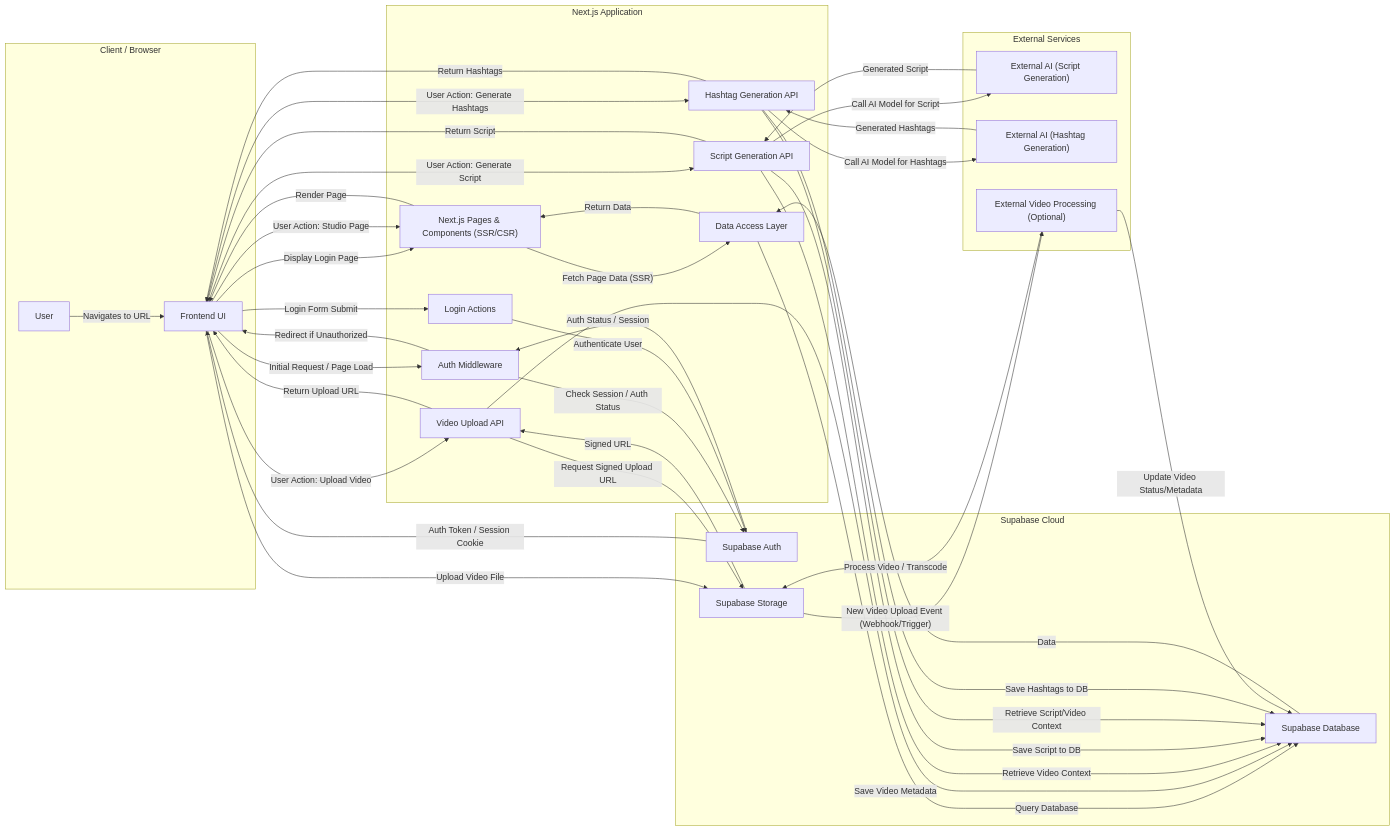
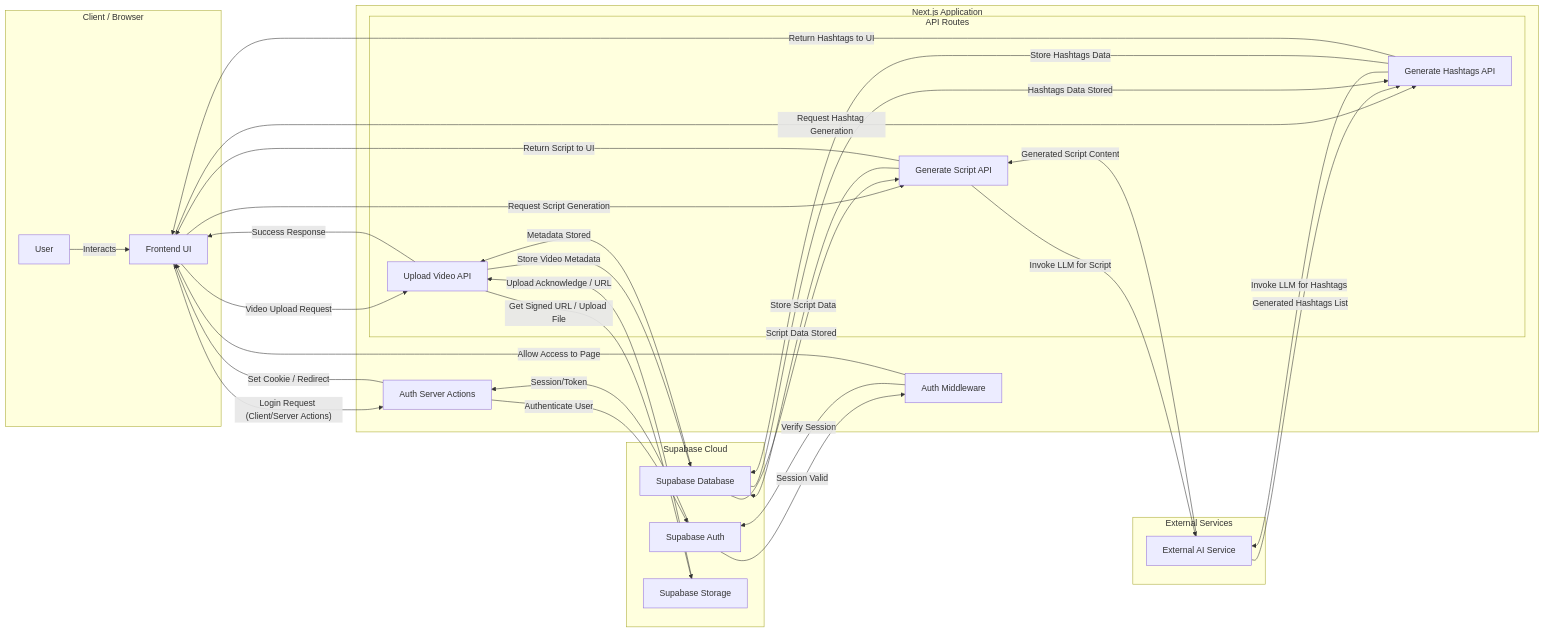
The diagram in ARCHITECTURE.md (token-hoarder/video-to-script-mvp), drawn with Mermaid before and after one commit. The commit also changed 1 other file, not shown here.

Commit message:
docs: auto-generate changelog and architecture

````diff
--- a/ARCHITECTURE.md
+++ b/ARCHITECTURE.md
@@ -3,74 +3,61 @@
 ```mermaid
 graph LR
     subgraph "Client / Browser"
-        A["User"]
-        B["Frontend UI"]
+        U["User"]
+        FE["Frontend UI"]
     end
 
     subgraph "Next.js Application"
-        NA["Auth Middleware"]
-        NAL["Login Actions"]
-        NJP["Next.js Pages & Components (SSR/CSR)"]
-        NAVU["Video Upload API"]
-        NAGS["Script Generation API"]
-        NAGH["Hashtag Generation API"]
-        NADAL["Data Access Layer"]
+        AM["Auth Middleware"]
+        ASA["Auth Server Actions"]
+        subgraph "API Routes"
+            UAPI["Upload Video API"]
+            GSAPI["Generate Script API"]
+            GHAPI["Generate Hashtags API"]
+        end
     end
 
     subgraph "Supabase Cloud"
         SA["Supabase Auth"]
+        SD["Supabase Database"]
         SS["Supabase Storage"]
-        SDB["Supabase Database"]
     end
 
     subgraph "External Services"
-        EGS["External AI (Script Generation)"]
-        EGH["External AI (Hashtag Generation)"]
-        EVP["External Video Processing (Optional)"]
+        EAI["External AI Service"]
     end
 
-    %% User Request Flow
-    A -- "Navigates to URL" --> B
-    B -- "Initial Request / Page Load" --> NA
-    NA -- "Check Session / Auth Status" --> SA
-    SA -- "Auth Status / Session" --> NA
-    NA -- "Redirect if Unauthorized" --> B
-    B -- "Display Login Page" --> NJP
-    B -- "Login Form Submit" --> NAL
-    NAL -- "Authenticate User" --> SA
-    SA -- "Auth Token / Session Cookie" --> B
+    %% User Interaction and Auth Flow
+    U -- "Interacts" --> FE
+    FE -- "Login Request (Client/Server Actions)" --> ASA
+    ASA -- "Authenticate User" --> SA
+    SA -- "Session/Token" --> ASA
+    ASA -- "Set Cookie / Redirect" --> FE
+    AM -- "Verify Session" --> SA
+    SA -- "Session Valid" --> AM
+    AM -- "Allow Access to Page" --> FE
 
-    %% Core Application Features (Authenticated Flow)
-    B -- "User Action: Studio Page" --> NJP
-    NJP -- "Fetch Page Data (SSR)" --> NADAL
-    NADAL -- "Query Database" --> SDB
-    SDB -- "Data" --> NADAL
-    NADAL -- "Return Data" --> NJP
-    NJP -- "Render Page" --> B
+    %% Content Upload Flow
+    FE -- "Video Upload Request" --> UAPI
+    UAPI -- "Get Signed URL / Upload File" --> SS
+    SS -- "Upload Acknowledge / URL" --> UAPI
+    UAPI -- "Store Video Metadata" --> SD
+    SD -- "Metadata Stored" --> UAPI
+    UAPI -- "Success Response" --> FE
 
-    B -- "User Action: Upload Video" --> NAVU
-    NAVU -- "Request Signed Upload URL" --> SS
-    SS -- "Signed URL" --> NAVU
-    NAVU -- "Save Video Metadata" --> SDB
-    NAVU -- "Return Upload URL" --> B
-    B -- "Upload Video File" --> SS
+    %% AI Generation Flow (Script)
+    FE -- "Request Script Generation" --> GSAPI
+    GSAPI -- "Invoke LLM for Script" --> EAI
+    EAI -- "Generated Script Content" --> GSAPI
+    GSAPI -- "Store Script Data" --> SD
+    SD -- "Script Data Stored" --> GSAPI
+    GSAPI -- "Return Script to UI" --> FE
 
-    B -- "User Action: Generate Script" --> NAGS
-    NAGS -- "Retrieve Video Context" --> SDB
-    NAGS -- "Call AI Model for Script" --> EGS
-    EGS -- "Generated Script" --> NAGS
-    NAGS -- "Save Script to DB" --> SDB
-    NAGS -- "Return Script" --> B
-
-    B -- "User Action: Generate Hashtags" --> NAGH
-    NAGH -- "Retrieve Script/Video Context" --> SDB
-    NAGH -- "Call AI Model for Hashtags" --> EGH
-    EGH -- "Generated Hashtags" --> NAGH
-    NAGH -- "Save Hashtags to DB" --> SDB
-    NAGH -- "Return Hashtags" --> B
-
-    %% Optional Video Processing
-    SS -- "New Video Upload Event (Webhook/Trigger)" --> EVP
-    EVP -- "Process Video / Transcode" --> SS
-    EVP -- "Update Video Status/Metadata" --> SDB
+    %% AI Generation Flow (Hashtags)
+    FE -- "Request Hashtag Generation" --> GHAPI
+    GHAPI -- "Invoke LLM for Hashtags" --> EAI
+    EAI -- "Generated Hashtags List" --> GHAPI
+    GHAPI -- "Store Hashtags Data" --> SD
+    SD -- "Hashtags Data Stored" --> GHAPI
+    GHAPI -- "Return Hashtags to UI" --> FE
 ```
````
